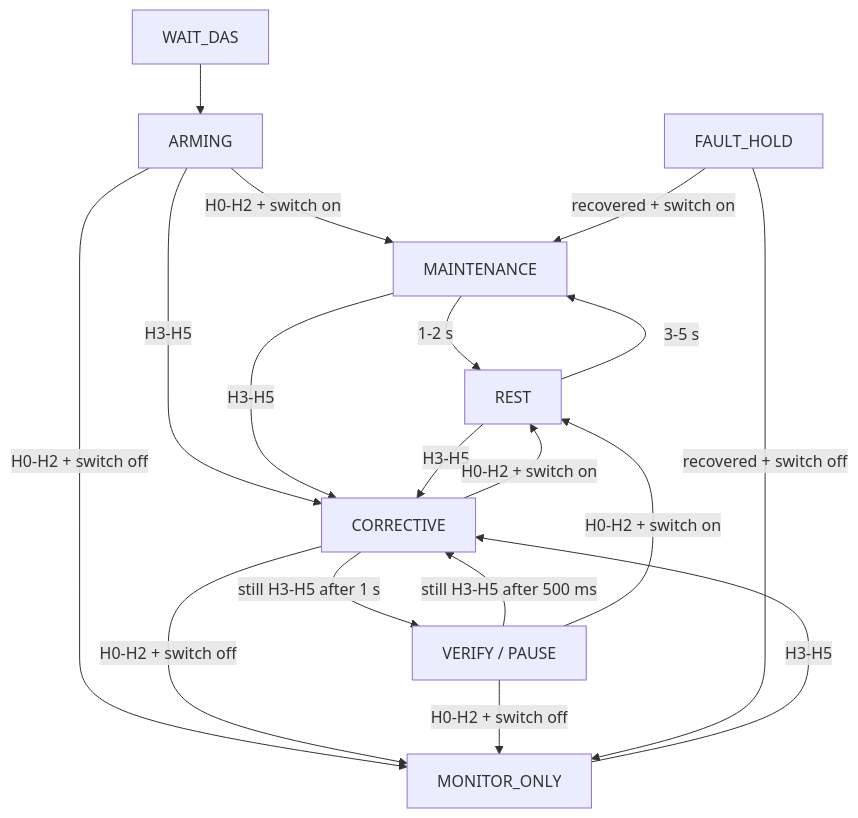
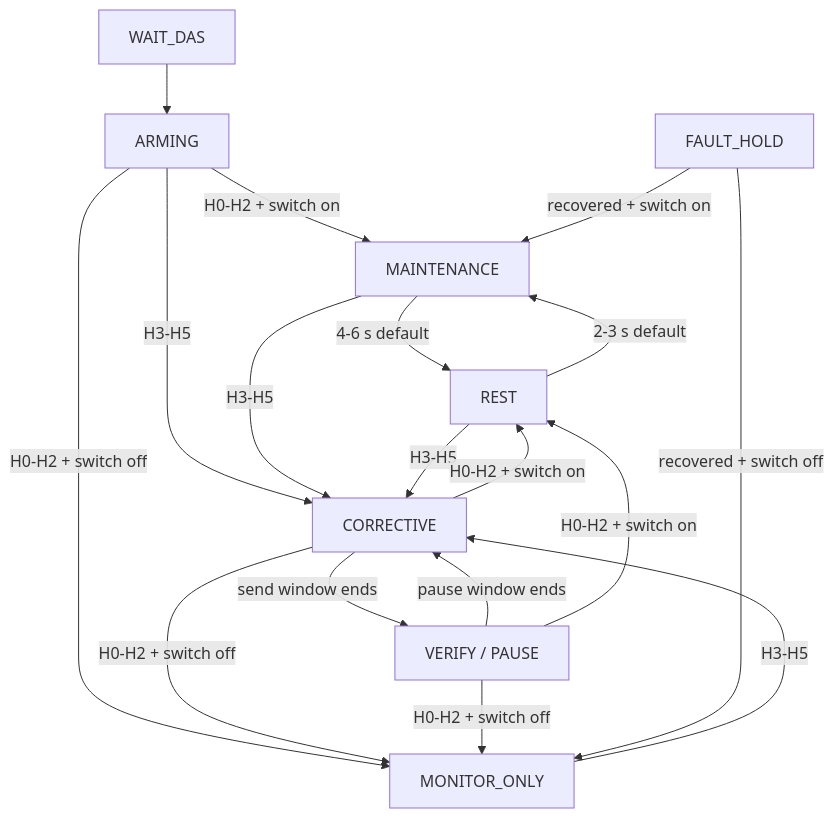
Before and after one commit to 204442021/WiFi-NAG: the diagram in docs/nag-adaptive-closed-loop.md, drawn with Mermaid. The commit also changed other lines of this file and 18 other files, not shown here.

````diff
--- a/docs/nag-adaptive-closed-loop.md
+++ b/docs/nag-adaptive-closed-loop.md
@@ -34,20 +34,20 @@
 ```mermaid
 flowchart TB
     W[WAIT_DAS] --> A[ARMING]
     A -->|H0-H2 + switch on| M[MAINTENANCE]
     A -->|H0-H2 + switch off| O[MONITOR_ONLY]
     A -->|H3-H5| C[CORRECTIVE]
-    M -->|1-2 s| R[REST]
-    R -->|3-5 s| M
+    M -->|4-6 s default| R[REST]
+    R -->|2-3 s default| M
     M -->|H3-H5| C
     R -->|H3-H5| C
     O -->|H3-H5| C
-    C -->|still H3-H5 after 1 s| P[VERIFY / PAUSE]
-    P -->|still H3-H5 after 500 ms| C
+    C -->|send window ends| P[VERIFY / PAUSE]
+    P -->|pause window ends| C
     C -->|H0-H2 + switch on| R
     P -->|H0-H2 + switch on| R
     C -->|H0-H2 + switch off| O
     P -->|H0-H2 + switch off| O
     F[FAULT_HOLD] -->|recovered + switch on| M
     F -->|recovered + switch off| O
 ```
````
